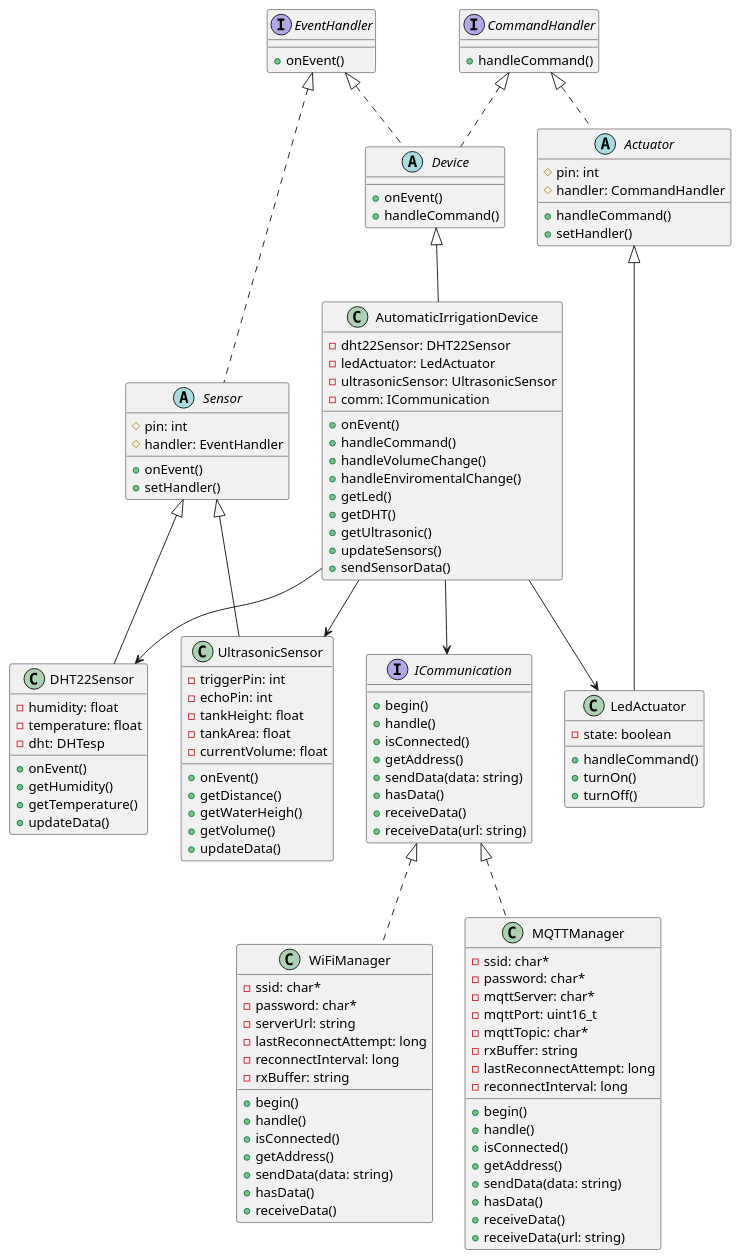
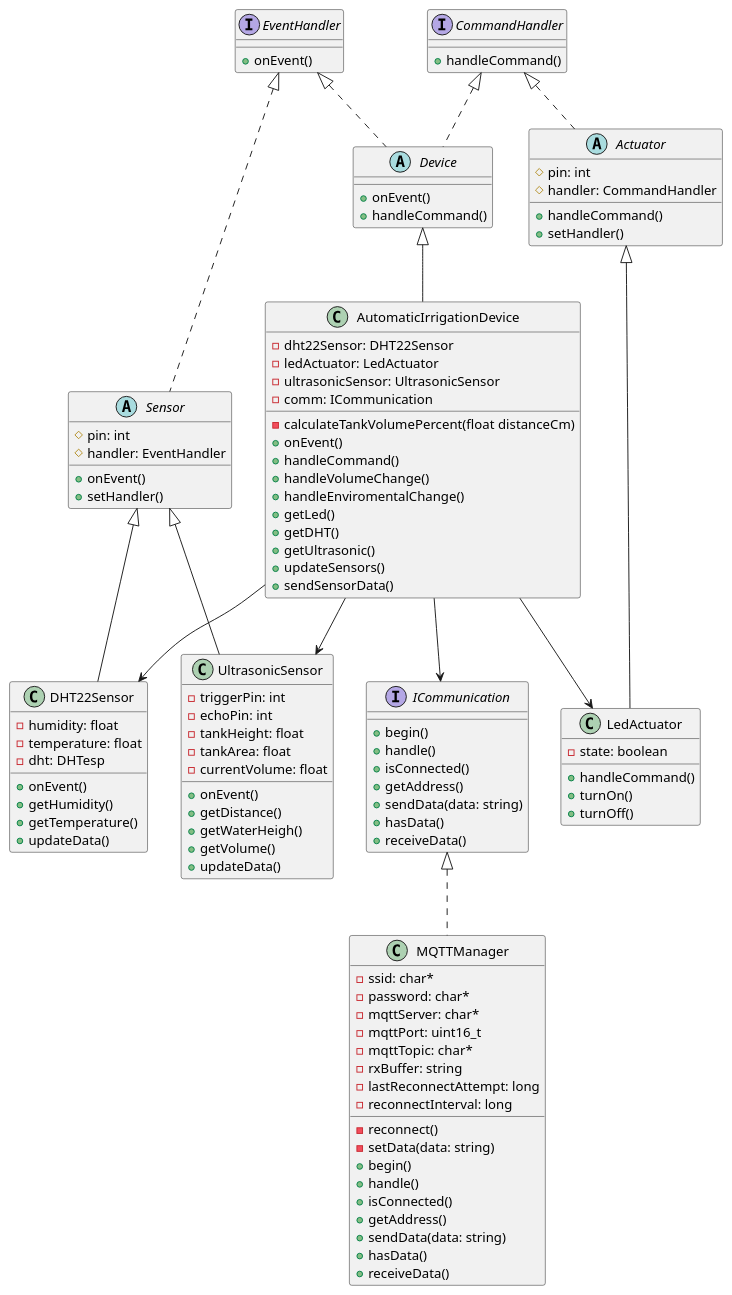
The diagram in docs/class-diagram.puml (iot-solutions64/wokwi), drawn with PlantUML before and after one commit. The commit also changed 12 other files, not shown here.

Commit message:
feat: update mqtt connection to retrieve data

```diff
--- a/docs/class-diagram.puml
+++ b/docs/class-diagram.puml
@@ -1,145 +1,129 @@
 @startuml Diagrama de clases de HydroSmart
 
 ' Interfaces
 interface EventHandler {
     + onEvent()
 }
 
 interface CommandHandler {
     + handleCommand()
 }
 
 interface ICommunication {
     + begin()
     + handle()
     + isConnected()
     + getAddress()
     + sendData(data: string)
     + hasData()
     + receiveData()
-    + receiveData(url: string)
 }
 
 ' Clases abstractas
 abstract class Sensor {
     # pin: int
     # handler: EventHandler
     + onEvent()
     + setHandler()
 }
 
 abstract class Actuator {
     # pin: int
     # handler: CommandHandler
     + handleCommand()
     + setHandler()
 }
 
 abstract class Device {
     + onEvent()
     + handleCommand()
 }
 
 ' Clases concretas
 class DHT22Sensor {
     - humidity: float
     - temperature: float
     - dht: DHTesp
     + onEvent()
     + getHumidity()
     + getTemperature()
     + updateData()
 }
 
 class UltrasonicSensor {
     - triggerPin: int
     - echoPin: int
     - tankHeight: float
     - tankArea: float
     - currentVolume: float
     + onEvent()
     + getDistance()
     + getWaterHeigh()
     + getVolume()
     + updateData()
 }
 
 class LedActuator {
     - state: boolean
     + handleCommand()
     + turnOn()
     + turnOff()
 }
 
 class AutomaticIrrigationDevice {
     - dht22Sensor: DHT22Sensor
     - ledActuator: LedActuator
     - ultrasonicSensor: UltrasonicSensor
     - comm: ICommunication
+    - calculateTankVolumePercent(float distanceCm)
     + onEvent()
     + handleCommand()
     + handleVolumeChange()
     + handleEnviromentalChange()
     + getLed()
     + getDHT()
     + getUltrasonic()
     + updateSensors()
     + sendSensorData()
 }
 
-class WiFiManager {
+class MQTTManager {
     - ssid: char*
     - password: char*
-    - serverUrl: string
+    - mqttServer: char*
+    - mqttPort: uint16_t
+    - mqttTopic: char*
+    - rxBuffer: string
     - lastReconnectAttempt: long
     - reconnectInterval: long
-    - rxBuffer: string
+    - reconnect()
+    - setData(data: string)
     + begin()
     + handle()
     + isConnected()
     + getAddress()
     + sendData(data: string)
     + hasData()
     + receiveData()
 }
 
-class MQTTManager {
-    - ssid: char*
-    - password: char*
-    - mqttServer: char*
-    - mqttPort: uint16_t
-    - mqttTopic: char*
-    - rxBuffer: string
-    - lastReconnectAttempt: long
-    - reconnectInterval: long
-    + begin()
-    + handle()
-    + isConnected()
-    + getAddress()
-    + sendData(data: string)
-    + hasData()
-    + receiveData()
-    + receiveData(url: string)
-}
-
 ' Relaciones de implementación de interfaces
 EventHandler <|.. Sensor
 CommandHandler <|.. Actuator
 EventHandler <|.. Device
 CommandHandler <|.. Device
 ICommunication <|.. MQTTManager
-ICommunication <|.. WiFiManager
 
 ' Relaciones de herencia
 Sensor <|-- DHT22Sensor
 Sensor <|-- UltrasonicSensor
 Actuator <|-- LedActuator
 Device <|-- AutomaticIrrigationDevice
 
 ' Relaciones de composición/agregación (dependencia)
 AutomaticIrrigationDevice --> DHT22Sensor
 AutomaticIrrigationDevice --> UltrasonicSensor
 AutomaticIrrigationDevice --> LedActuator
 AutomaticIrrigationDevice --> ICommunication
 
 @enduml
```
